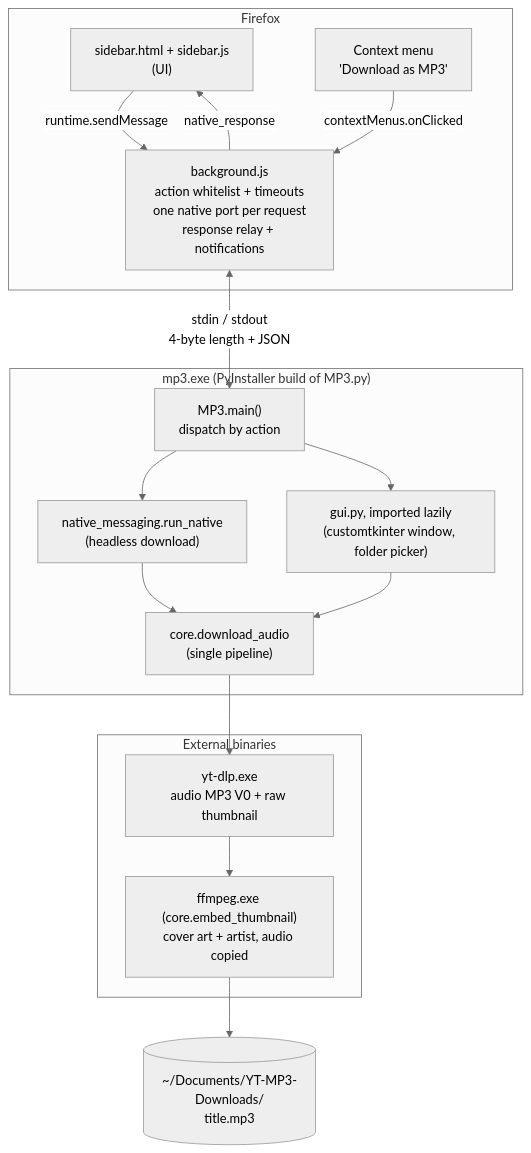
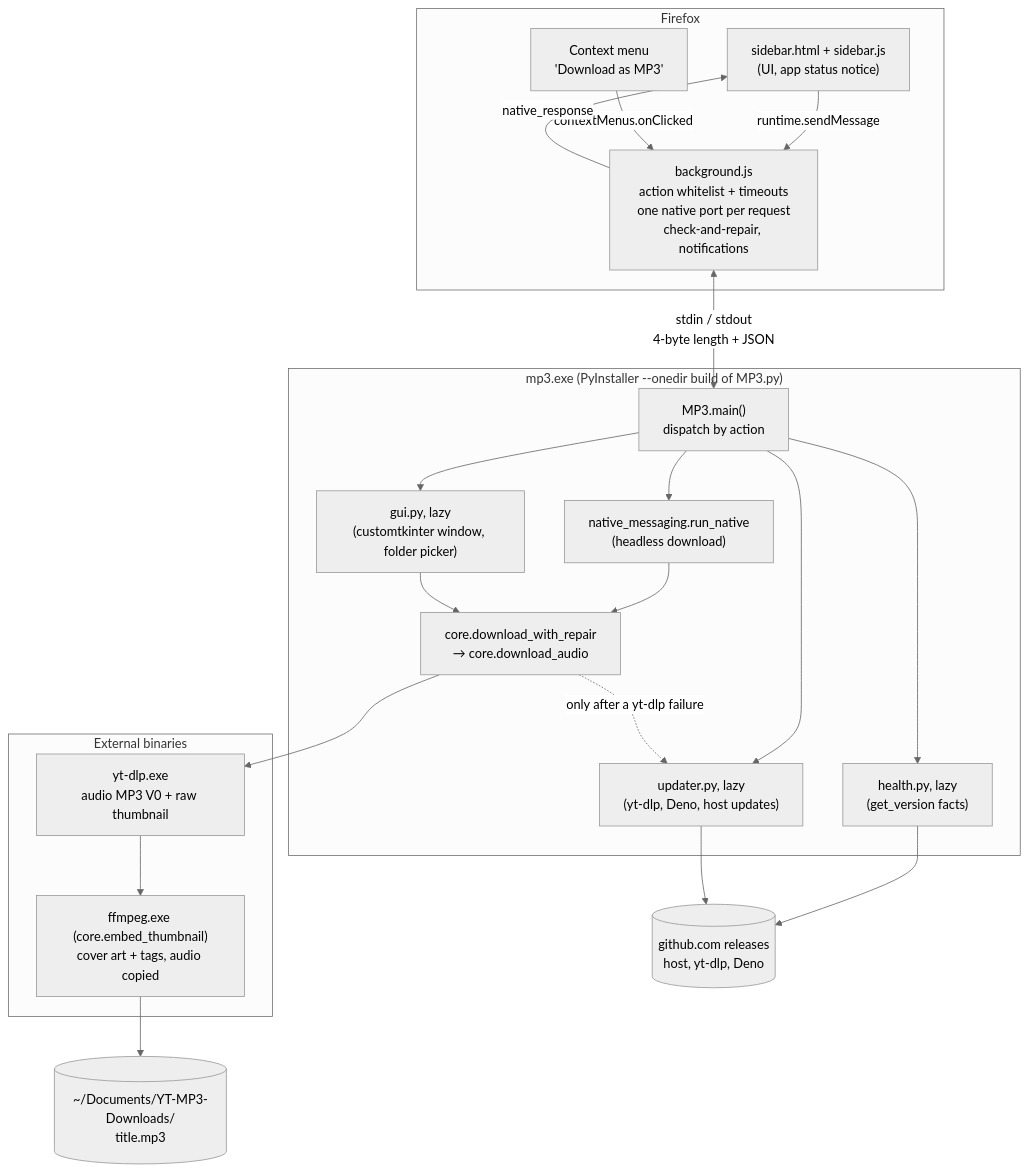
The first of 22 diagrams in ARCHITECTURE.md (martin-iflap/YT-MP3-Downloader), drawn with Mermaid (neutral theme) before and after one commit. The commit also changed other lines of this file and 20 other files, not shown here.

````diff
--- a/ARCHITECTURE.md
+++ b/ARCHITECTURE.md
@@ -13,30 +15,39 @@
 ```mermaid
 flowchart TB
     subgraph FF["Firefox"]
-        SB["sidebar.html + sidebar.js<br/>(UI)"]
+        SB["sidebar.html + sidebar.js<br/>(UI, app status notice)"]
         CM["Context menu<br/>'Download as MP3'"]
-        BG["background.js<br/>action whitelist + timeouts<br/>one native port per request<br/>response relay + notifications"]
+        BG["background.js<br/>action whitelist + timeouts<br/>one native port per request<br/>check-and-repair, notifications"]
         SB -- "runtime.sendMessage" --> BG
         CM -- "contextMenus.onClicked" --> BG
         BG -- "native_response" --> SB
     end
 
-    subgraph HOST["mp3.exe (PyInstaller build of MP3.py)"]
+    subgraph HOST["mp3.exe (PyInstaller --onedir build of MP3.py)"]
         MAIN["MP3.main()<br/>dispatch by action"]
         RN["native_messaging.run_native<br/>(headless download)"]
-        GUI["gui.py, imported lazily<br/>(customtkinter window, folder picker)"]
-        CORE["core.download_audio<br/>(single pipeline)"]
+        GUI["gui.py, lazy<br/>(customtkinter window, folder picker)"]
+        CORE["core.download_with_repair<br/>→ core.download_audio"]
+        HEALTH["health.py, lazy<br/>(get_version facts)"]
+        UPD["updater.py, lazy<br/>(yt-dlp, Deno, host updates)"]
         MAIN --> RN --> CORE
         MAIN --> GUI --> CORE
+        MAIN --> HEALTH
+        MAIN --> UPD
+        CORE -. "only after a yt-dlp failure" .-> UPD
     end
 
     subgraph TOOLS["External binaries"]
         YT["yt-dlp.exe<br/>audio MP3 V0 + raw thumbnail"]
-        FFM["ffmpeg.exe (core.embed_thumbnail)<br/>cover art + artist, audio copied"]
+        FFM["ffmpeg.exe (core.embed_thumbnail)<br/>cover art + tags, audio copied"]
         YT --> FFM
     end
+
+    GH[("github.com releases<br/>host, yt-dlp, Deno")]
 
     BG <-- "stdin / stdout<br/>4-byte length + JSON" --> MAIN
     CORE --> YT
     FFM --> OUT[("~/Documents/YT-MP3-Downloads/<br/>title.mp3")]
+    HEALTH --> GH
+    UPD --> GH
 ```
````
